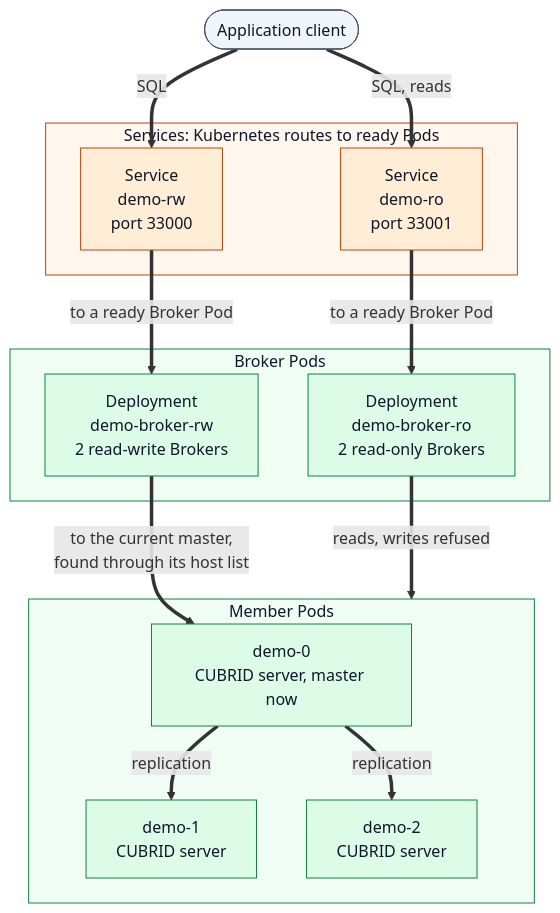
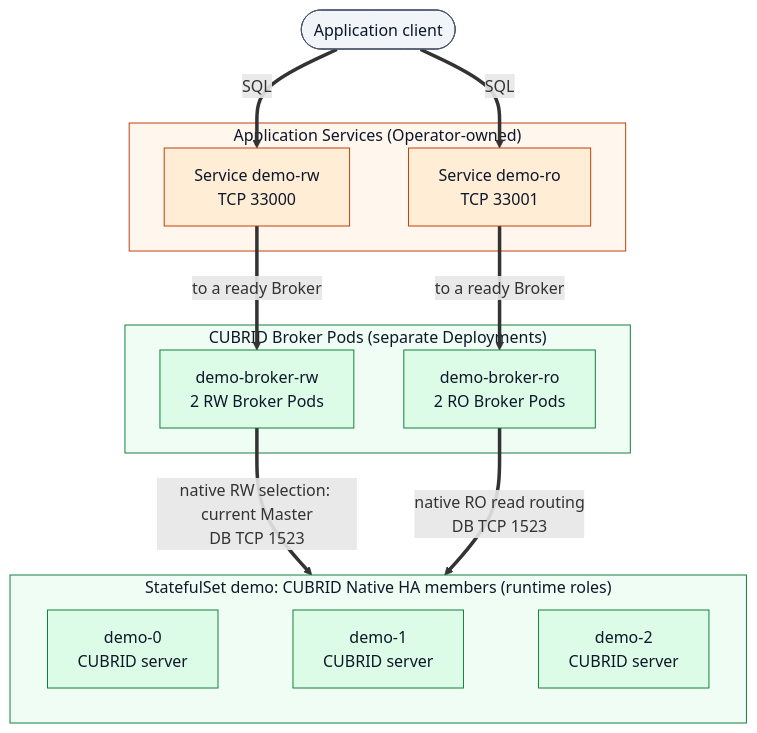
Before and after one commit to cubrid-lab/cubrid-kubernetes-operator: the first of 2 diagrams in docs/architecture/data-path.md, drawn with Mermaid. The commit also changed other lines of this file, not shown here.

Commit message:
docs(architecture): align data and management views to canonical HA topology

````diff
--- a/docs/architecture/data-path.md
+++ b/docs/architecture/data-path.md
@@ -25,38 +29,38 @@
 ```mermaid
 flowchart TB
     client(["Application client"]):::ext
 
-    subgraph svc["Services: Kubernetes routes to ready Pods"]
-        rw["Service<br/>demo-rw<br/>port 33000"]:::op
-        ro["Service<br/>demo-ro<br/>port 33001"]:::op
+    subgraph services["Application Services (Operator-owned)"]
+        rw["Service demo-rw<br/>TCP 33000"]:::op
+        ro["Service demo-ro<br/>TCP 33001"]:::op
     end
 
-    subgraph brokers["Broker Pods"]
-        brw["Deployment<br/>demo-broker-rw<br/>2 read-write Brokers"]:::cubrid
-        bro["Deployment<br/>demo-broker-ro<br/>2 read-only Brokers"]:::cubrid
+    subgraph brokerPods["CUBRID Broker Pods (separate Deployments)"]
+        brw["demo-broker-rw<br/>2 RW Broker Pods"]:::cubrid
+        bro["demo-broker-ro<br/>2 RO Broker Pods"]:::cubrid
     end
 
-    subgraph members["Member Pods"]
-        m0["demo-0<br/>CUBRID server, master now"]:::cubrid
+    subgraph dbMembers["StatefulSet demo: CUBRID Native HA members (runtime roles)"]
+        direction LR
+        m0["demo-0<br/>CUBRID server"]:::cubrid
         m1["demo-1<br/>CUBRID server"]:::cubrid
         m2["demo-2<br/>CUBRID server"]:::cubrid
+        m0 ~~~ m1 ~~~ m2
     end
 
     client == "SQL" ==> rw
-    client == "SQL, reads" ==> ro
-    rw == "to a ready Broker Pod" ==> brw
-    ro == "to a ready Broker Pod" ==> bro
-    brw == "to the current master,<br/>found through its host list" ==> m0
-    bro == "reads, writes refused" ==> members
-    m0 == "replication" ==> m1
-    m0 == "replication" ==> m2
+    client == "SQL" ==> ro
+    rw == "to a ready Broker" ==> brw
+    ro == "to a ready Broker" ==> bro
+    brw == "native RW selection: current Master<br/>DB TCP 1523" ==> dbMembers
+    bro == "native RO read routing<br/>DB TCP 1523" ==> dbMembers
 
     classDef k8s fill:#dbeafe,stroke:#1d4ed8,color:#0f172a
     classDef op fill:#ffedd5,stroke:#c2410c,color:#0f172a
     classDef cubrid fill:#dcfce7,stroke:#15803d,color:#0f172a
     classDef ext fill:#f1f5f9,stroke:#475569,color:#0f172a
 
-    style svc fill:#fff7ed,stroke:#c2410c,color:#0f172a
-    style brokers fill:#f0fdf4,stroke:#15803d,color:#0f172a
-    style members fill:#f0fdf4,stroke:#15803d,color:#0f172a
+    style services fill:#fff7ed,stroke:#c2410c,color:#0f172a
+    style brokerPods fill:#f0fdf4,stroke:#15803d,color:#0f172a
+    style dbMembers fill:#f0fdf4,stroke:#15803d,color:#0f172a
 ```
````
